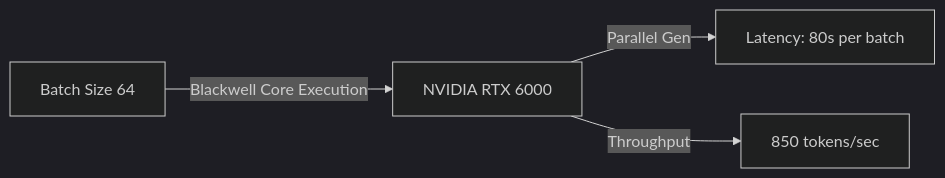
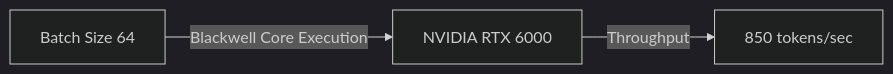
Before and after one commit to bhattadiCS/research-thesis-overthinking-boundary: the seventh of 10 diagrams in ThesisDocs/July_16_Progress.md, drawn with Mermaid (dark theme). The commit also changed other lines of this file and 2 other files, not shown here.

````diff
--- a/ThesisDocs/July_16_Progress.md
+++ b/ThesisDocs/July_16_Progress.md
@@ -191,6 +113,4 @@
   ```mermaid
   graph LR
-      Batch[Batch Size 64] -->|Blackwell Core Execution| GPU[NVIDIA RTX 6000]
-      GPU -->|Parallel Gen| Latency[Latency: 80s per batch]
-      GPU -->|Throughput| Speed[850 tokens/sec]
+      Batch[Batch Size 64] -->|Blackwell Core Execution| GPU[NVIDIA RTX 6000] -->|Throughput| Speed[850 tokens/sec]
   ```
````
